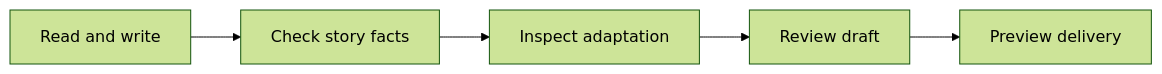
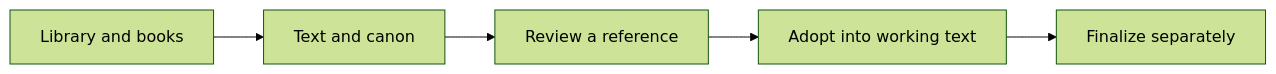
Before and after one commit to limecloud/hetu: the diagram in apps/website/src/content/guides/en/getting-started.md, drawn with Mermaid (forest theme). The commit also changed other lines of this file and 252 other files, not shown here.

````diff
--- a/apps/website/src/content/guides/en/getting-started.md
+++ b/apps/website/src/content/guides/en/getting-started.md
@@ -19,7 +15,7 @@
 ```mermaid
 flowchart LR
-    A[Read and write] --> B[Check story facts]
-    B --> C[Inspect adaptation]
-    C --> D[Review draft]
-    D --> E[Preview delivery]
+    A[Library and books] --> B[Text and canon]
+    B --> C[Review a reference]
+    C --> D[Adopt into working text]
+    D --> E[Finalize separately]
 ```
````
